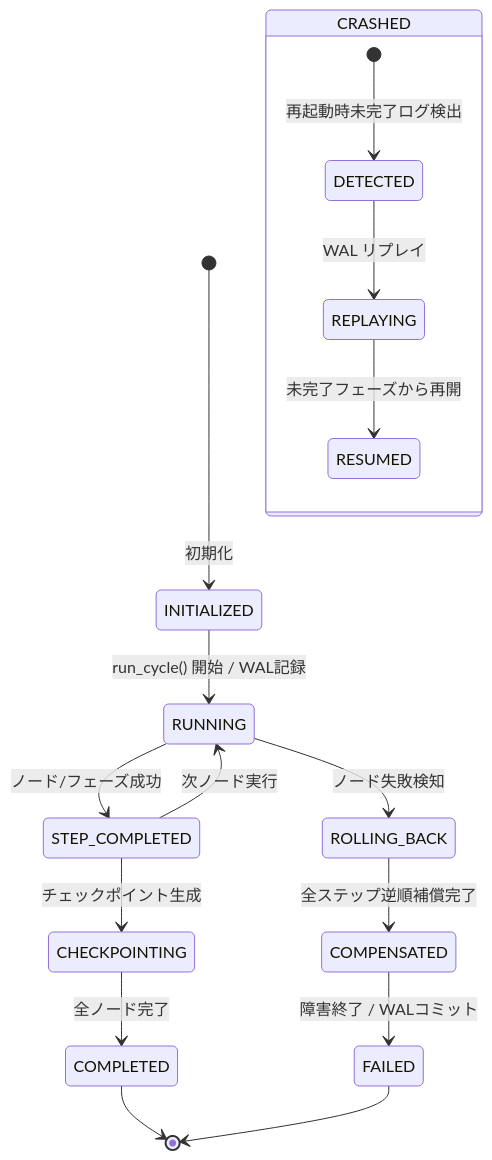
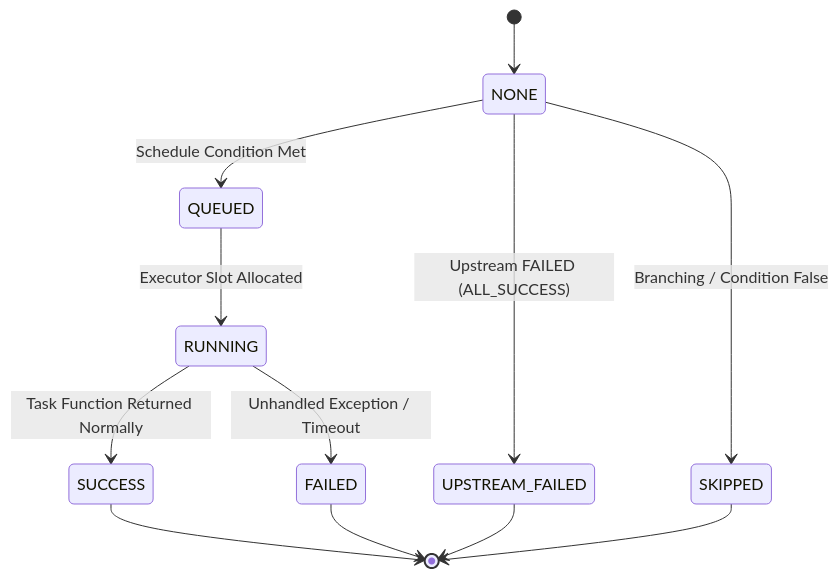
The second of 3 diagrams in docs/designs/DSN-11-universal_workflow_engine.md (rokujyouhitoma/arxiv-security-papers), drawn with Mermaid before and after one commit. The commit also changed other lines of this file, not shown here.

Commit message:
docs(design): rearchitect DSN-11 to Apache Airflow 3.x-compliant pure Python workflow engine specification

````diff
--- a/docs/designs/DSN-11-universal_workflow_engine.md
+++ b/docs/designs/DSN-11-universal_workflow_engine.md
@@ -116,20 +168,14 @@
 ```mermaid
 stateDiagram-v2
-    [*] --> INITIALIZED: 初期化
-    INITIALIZED --> RUNNING: run_cycle() 開始 / WAL記録
-    RUNNING --> STEP_COMPLETED: ノード/フェーズ成功
-    STEP_COMPLETED --> RUNNING: 次ノード実行
-    RUNNING --> ROLLING_BACK: ノード失敗検知
-    ROLLING_BACK --> COMPENSATED: 全ステップ逆順補償完了
-    COMPENSATED --> FAILED: 障害終了 / WALコミット
-    STEP_COMPLETED --> CHECKPOINTING: チェックポイント生成
-    CHECKPOINTING --> COMPLETED: 全ノード完了
-    COMPLETED --> [*]
+    [*] --> NONE
+    NONE --> QUEUED : Schedule Condition Met
+    QUEUED --> RUNNING : Executor Slot Allocated
+    RUNNING --> SUCCESS : Task Function Returned Normally
+    RUNNING --> FAILED : Unhandled Exception / Timeout
+    NONE --> UPSTREAM_FAILED : Upstream FAILED (ALL_SUCCESS)
+    NONE --> SKIPPED : Branching / Condition False
+    SUCCESS --> [*]
     FAILED --> [*]
-
-    state CRASHED {
-        [*] --> DETECTED: 再起動時未完了ログ検出
-        DETECTED --> REPLAYING: WAL リプレイ
-        REPLAYING --> RESUMED: 未完了フェーズから再開
-    }
+    UPSTREAM_FAILED --> [*]
+    SKIPPED --> [*]
 ```
````
